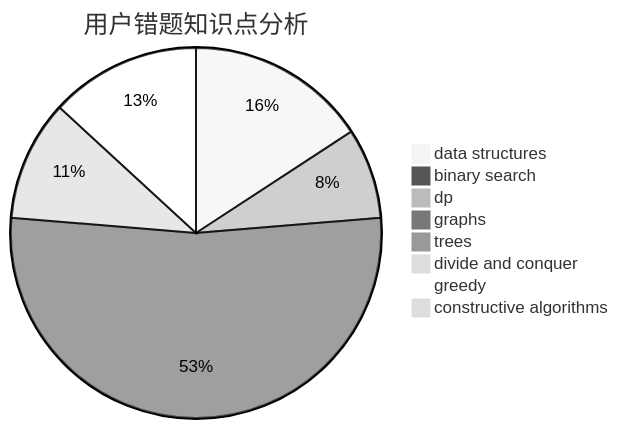
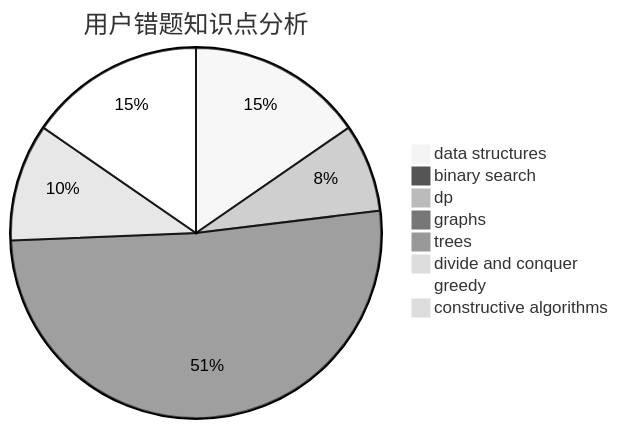
One commit to sherpahu/cfrs.github.io changed the third of 3 diagrams in docs/user/u1927.md. Above: the diagram before and after it, drawn with Mermaid (neutral theme). The commit also changed other lines of this file and 2770 other files, not shown here.

````diff
--- a/docs/user/u1927.md
+++ b/docs/user/u1927.md
@@ -36,11 +36,11 @@
 ```mermaid
 pie title 用户错题知识点分析
     "data structures" :  6
     "binary search" :  0
     "dp" :  3
     "graphs" :  20
     "trees" :  0
     "divide and conquer" :  4
-    "greedy" :  5
+    "greedy" :  6
     "constructive algorithms" :  0
 ```
````
